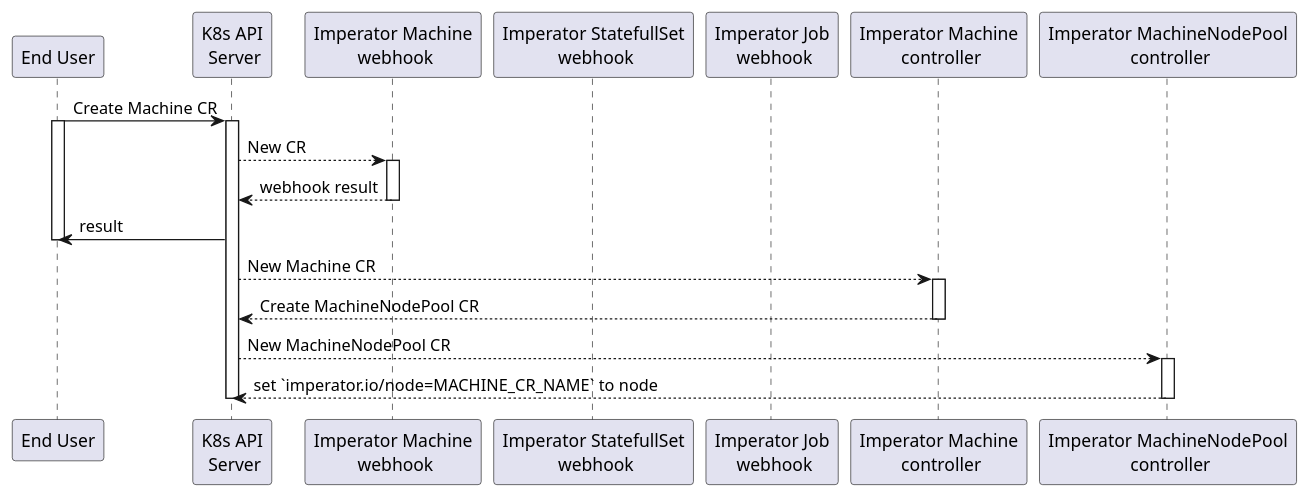
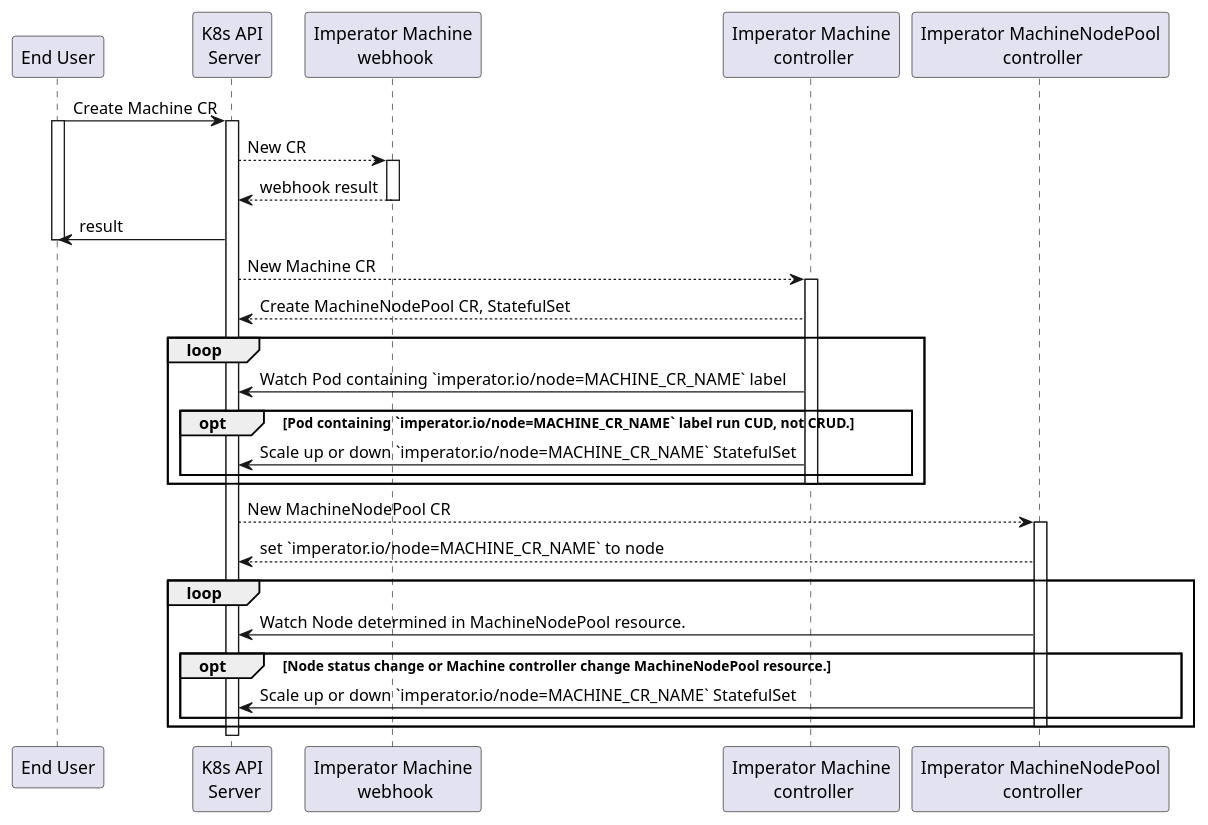
Before and after one commit to tenzen-y/imperator: the diagram in docs/v1alpha1-sequence.puml, drawn with PlantUML. The commit also changed 42 other files, not shown here.

```diff
--- a/docs/v1alpha1-sequence.puml
+++ b/docs/v1alpha1-sequence.puml
@@ -1,41 +1,51 @@
 @startuml
 'https://plantuml.com/sequence-diagram
 
 participant "End User" as User order 1
 participant "K8s API\n Server" as APIServer order 2
 participant "Imperator Machine\n webhook" as MachineWebhook order 3
-participant "Imperator StatefullSet\n webhook" as STWebhook order 4
-participant "Imperator Job\n webhook" as Webhook order 5
 participant "Imperator Machine\n controller" as MachineController order 6
 participant "Imperator MachineNodePool\n controller" as MachineNodePoolController order 8
 
 User -> APIServer: Create Machine CR
 activate User
 activate APIServer
 
 APIServer --> MachineWebhook: New CR
 activate MachineWebhook
 
 MachineWebhook --> APIServer: webhook result
 deactivate MachineWebhook
 
 APIServer -> User: result
 deactivate User
 
 APIServer --> MachineController: New Machine CR
 activate MachineController
 
-MachineController --> APIServer: Create MachineNodePool CR
-deactivate MachineController
+MachineController --> APIServer: Create MachineNodePool CR, StatefulSet
+
+loop
+  MachineController -> APIServer: Watch Pod containing `imperator.io/node=MACHINE_CR_NAME` label
+  opt Pod containing `imperator.io/node=MACHINE_CR_NAME` label run CUD, not CRUD.
+    MachineController -> APIServer: Scale up or down `imperator.io/node=MACHINE_CR_NAME` StatefulSet
+  end
+  deactivate MachineController
+end
 
 APIServer --> MachineNodePoolController: New MachineNodePool CR
 activate MachineNodePoolController
 
 MachineNodePoolController --> APIServer: set `imperator.io/node=MACHINE_CR_NAME` to node
-deactivate MachineNodePoolController
 
-
+loop
+  MachineNodePoolController -> APIServer: Watch Node determined in MachineNodePool resource.
+  opt Node status change or Machine controller change MachineNodePool resource.
+    MachineNodePoolController -> APIServer: Scale up or down `imperator.io/node=MACHINE_CR_NAME` StatefulSet
+  end
+  deactivate MachineNodePoolController
+end
 
 deactivate APIServer
 
 @enduml
```
